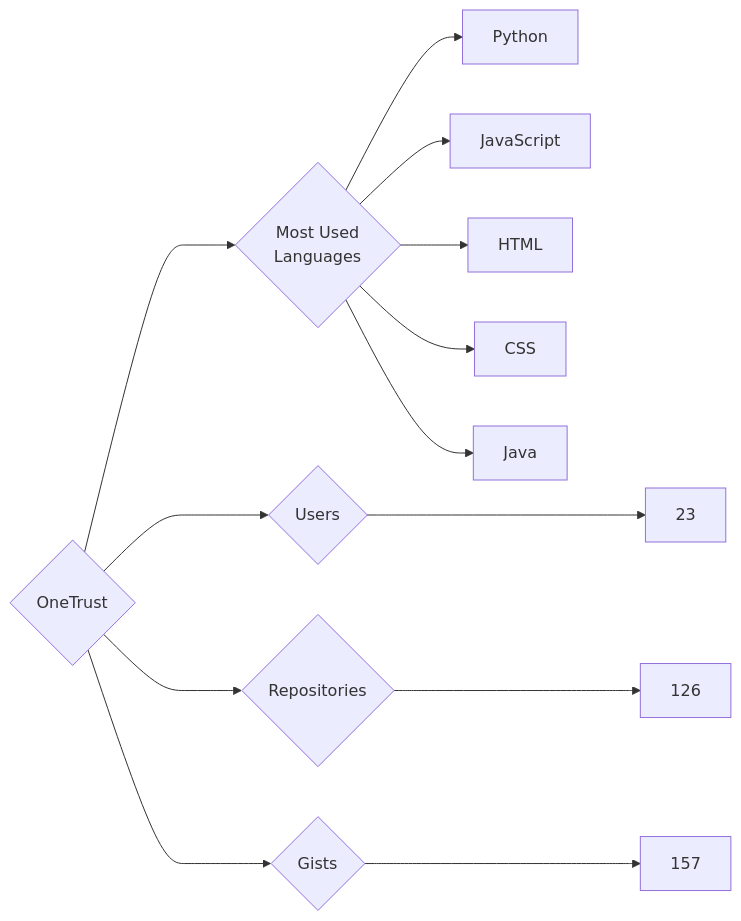
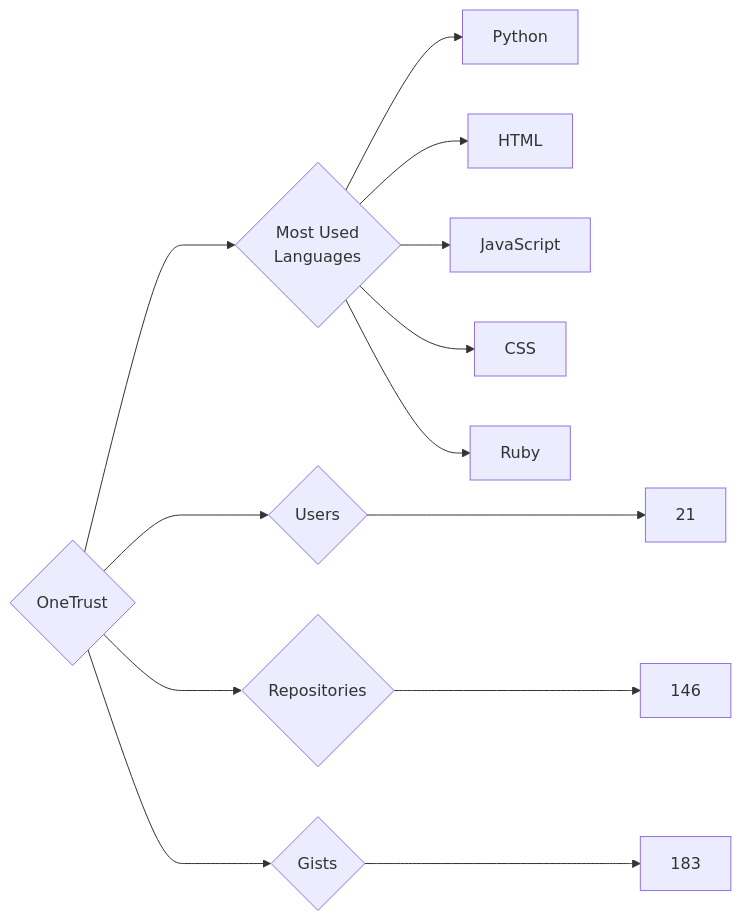
The diagram in targets/OneTrust/README.md (trickest/insiders), drawn with Mermaid before and after one commit. The commit also changed 972 other files, not shown here.

````diff
--- a/targets/OneTrust/README.md
+++ b/targets/OneTrust/README.md
@@ -3,13 +3,13 @@
 ```mermaid
 graph LR
 COMPANY_NAME{OneTrust}
-COMPANY_NAME ---> U{Users} ---> UN[23]
-COMPANY_NAME ---> R{Repositories} ---> RN[126]
-COMPANY_NAME ---> G{Gists} ---> GN[157]
+COMPANY_NAME ---> U{Users} ---> UN[21]
+COMPANY_NAME ---> R{Repositories} ---> RN[146]
+COMPANY_NAME ---> G{Gists} ---> GN[183]
 COMPANY_NAME ---> ML{Most Used<br>Languages}
 ML --> Python[Python]
+ML --> HTML[HTML]
 ML --> JavaScript[JavaScript]
-ML --> HTML[HTML]
 ML --> CSS[CSS]
-ML --> Java[Java]
+ML --> Ruby[Ruby]
 ```
````
